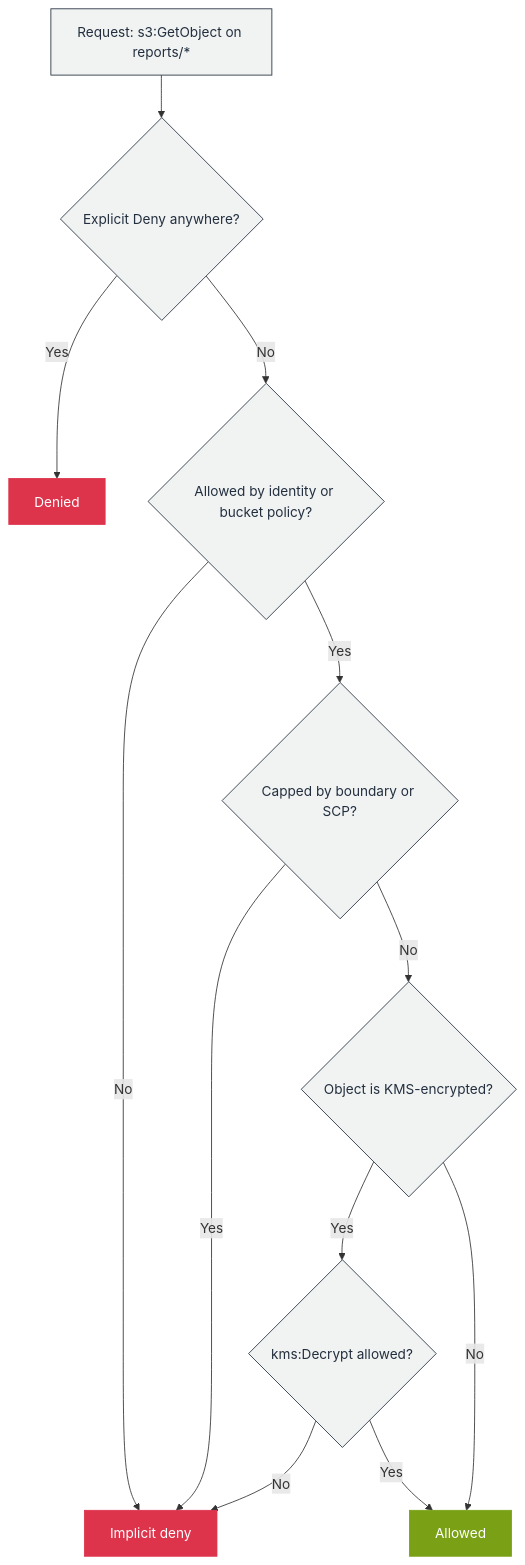
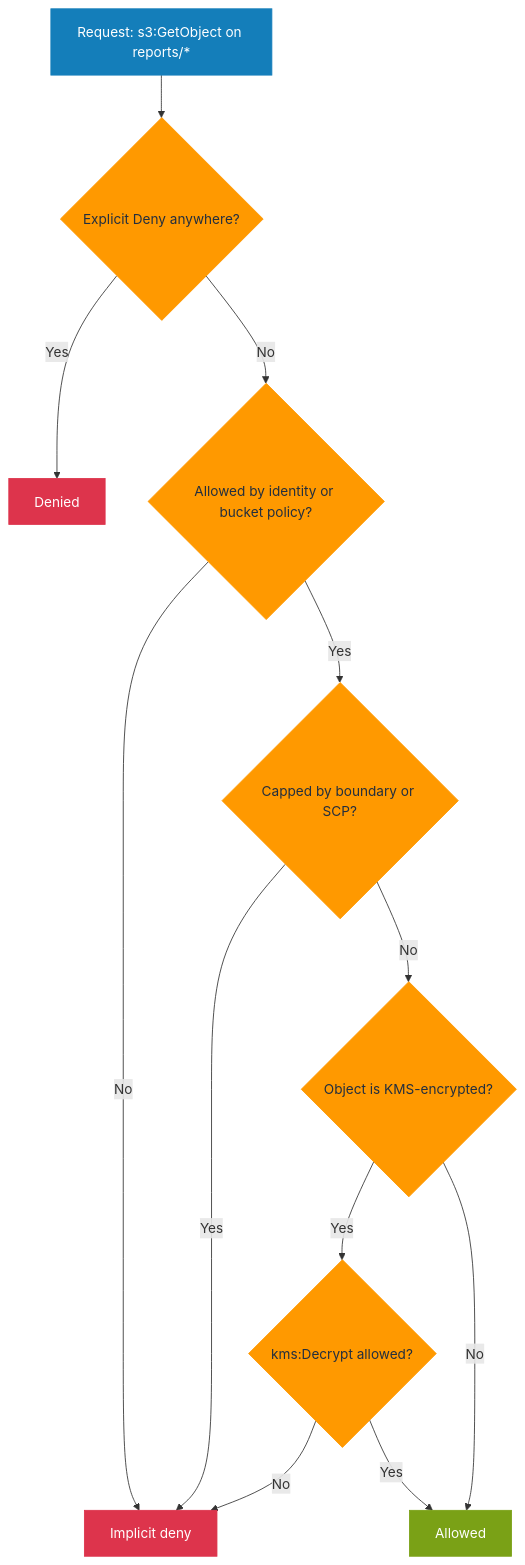
Before and after one commit to GabrielAlmeidaFlores/AWS-CloudOps-Engineer-Associate-Doc: the second of 2 diagrams in 02-services/13-security-identity-compliance/01-iam/09-hands-on-project.md, drawn with Mermaid. The commit also changed 10 other files, not shown here.

Commit message:
docs: restyle flowchart diagrams with the AWS color palette

````diff
--- a/02-services/13-security-identity-compliance/01-iam/09-hands-on-project.md
+++ b/02-services/13-security-identity-compliance/01-iam/09-hands-on-project.md
@@ -146,20 +146,22 @@
 ```mermaid
 flowchart TD
     A["Request: s3:GetObject on reports/*"] --> B{"Explicit Deny anywhere?"}
     B -->|Yes| C["Denied"]
     B -->|No| D{"Allowed by identity or bucket policy?"}
     D -->|No| E["Implicit deny"]
     D -->|Yes| F{"Capped by boundary or SCP?"}
     F -->|Yes| E
     F -->|No| G{"Object is KMS-encrypted?"}
     G -->|Yes| H{"kms:Decrypt allowed?"}
     H -->|No| E
     H -->|Yes| I["Allowed"]
     G -->|No| I
-    classDef step fill:#F1F3F3,stroke:#232F3E,color:#232F3E
+    classDef step fill:#147EBA,stroke:#147EBA,color:#ffffff
+    classDef decision fill:#FF9900,stroke:#FF9900,color:#232F3E
     classDef deny fill:#DD344C,stroke:#DD344C,color:#ffffff
     classDef ok fill:#7AA116,stroke:#7AA116,color:#ffffff
-    class A,B,D,F,G,H step
+    class A step
+    class B,D,F,G,H decision
     class C,E deny
     class I ok
 ```
````
